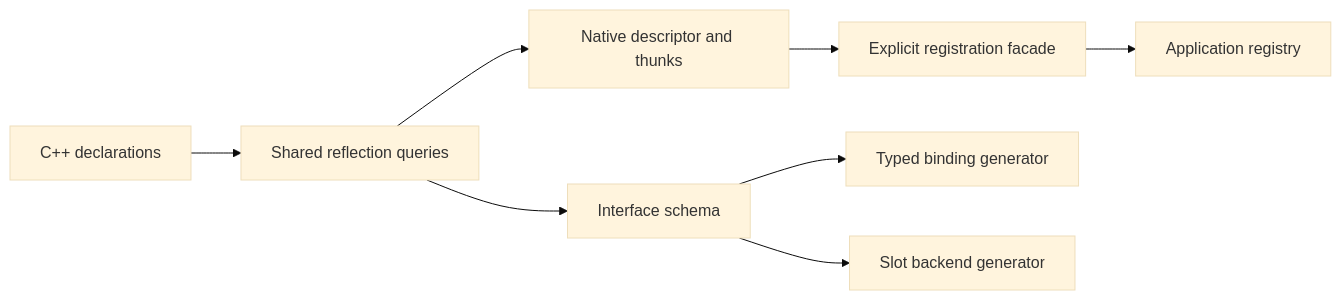
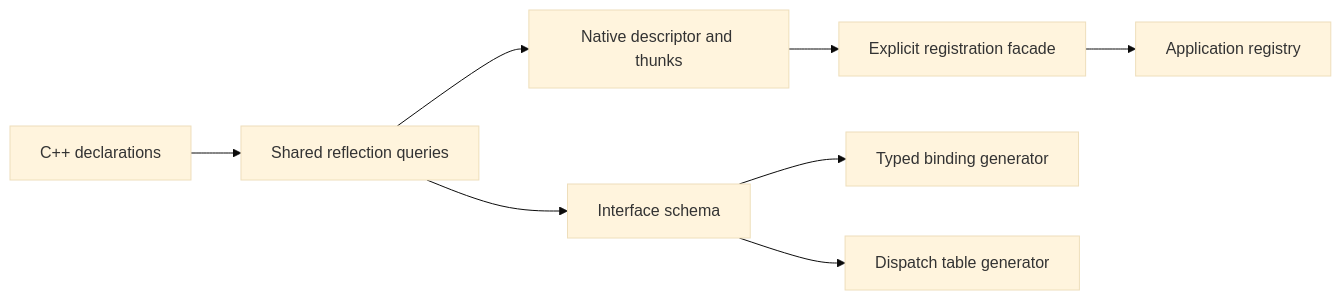
One commit to w2xel/refl changed the diagram in docs/content/architecture/generation.md. Above: the diagram before and after it, drawn with Mermaid (base theme). The commit also changed other lines of this file and 9 other files, not shown here.

Commit message:
docs: standardize architecture naming and isolate legacy terminology

````diff
--- a/docs/content/architecture/generation.md
+++ b/docs/content/architecture/generation.md
@@ -12,10 +12,10 @@
 ```mermaid
 flowchart LR
     T[C++ declarations] --> Q[Shared reflection queries]
     Q --> I[Interface schema]
     Q --> N[Native descriptor and thunks]
     N --> A[Explicit registration facade]
     A --> R[Application registry]
     I --> P[Typed binding generator]
-    I --> M[Slot backend generator]
+    I --> M[Dispatch table generator]
 ```
````
